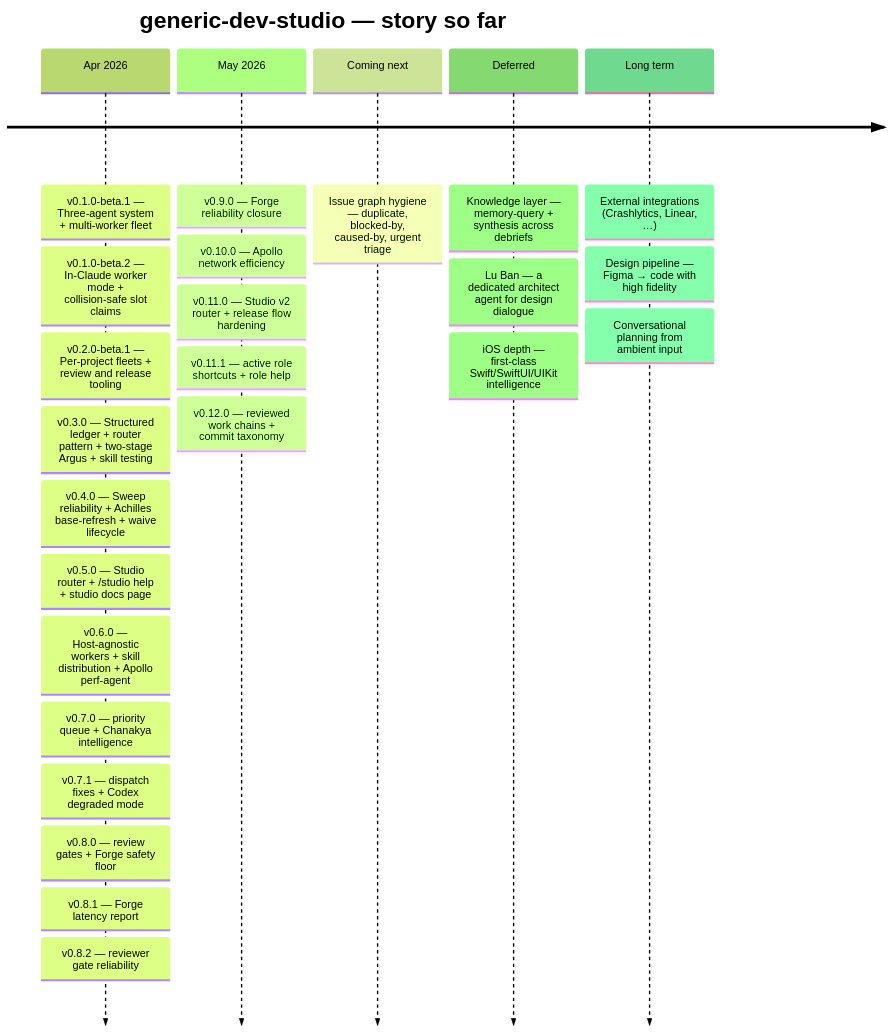
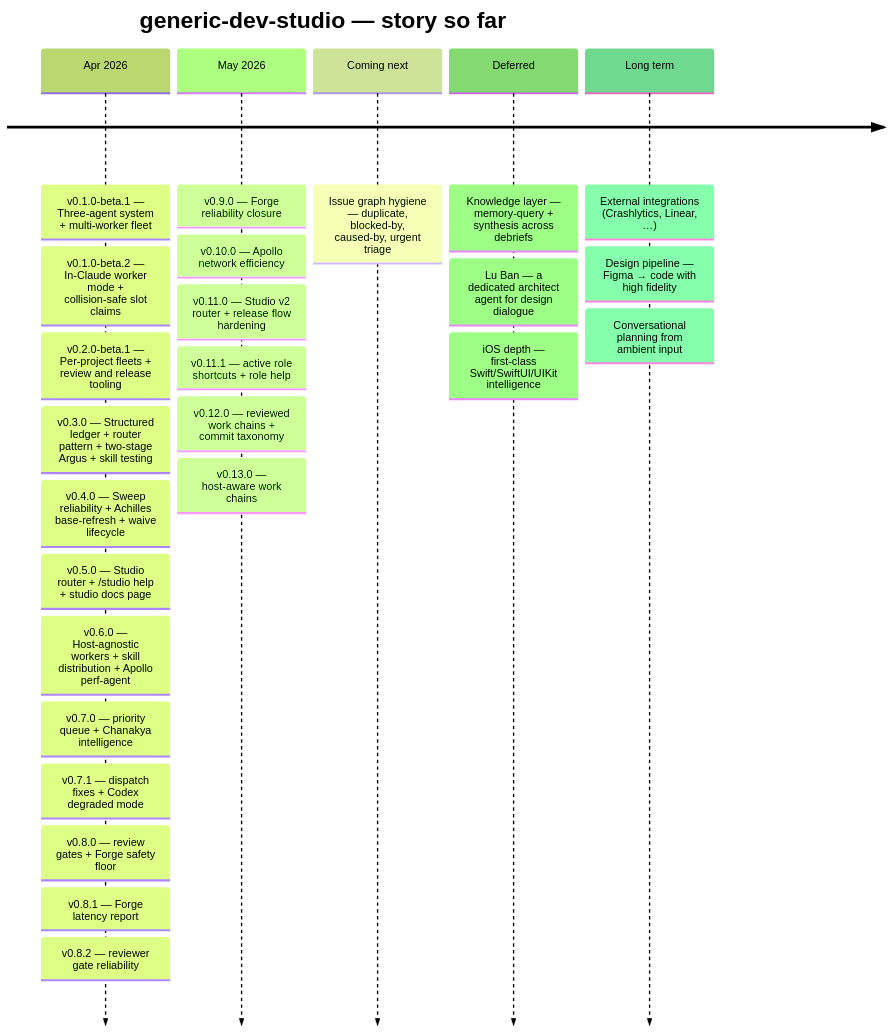
One commit to v-i-s-h-a-l/generic-dev-studio changed the diagram in README.md. Above: the diagram before and after it, drawn with Mermaid (forest theme). The commit also changed other lines of this file and 2 other files, not shown here.

Commit message:
release: document v0.13.0
Problem: v0.13.0 is ready to ship, but the README roadmap and story section need the release line required by RELEASES.md.

Solution: add the v0.13.0 timeline entry and prepend the story-so-far summary for host-aware work chains.

Implementation notes: no command surface changed; this is release documentation only.

Caveats: none.

````diff
--- a/README.md
+++ b/README.md
@@ -13,28 +13,29 @@
 ```mermaid
 timeline
     title generic-dev-studio — story so far
     Apr 2026 : v0.1.0-beta.1 — Three-agent system + multi-worker fleet
              : v0.1.0-beta.2 — In-Claude worker mode + collision-safe slot claims
              : v0.2.0-beta.1 — Per-project fleets + review and release tooling
              : v0.3.0 — Structured ledger + router pattern + two-stage Argus + skill testing
              : v0.4.0 — Sweep reliability + Achilles base-refresh + waive lifecycle
              : v0.5.0 — Studio router + /studio help + studio docs page
              : v0.6.0 — Host-agnostic workers + skill distribution + Apollo perf-agent
              : v0.7.0 — priority queue + Chanakya intelligence
              : v0.7.1 — dispatch fixes + Codex degraded mode
              : v0.8.0 — review gates + Forge safety floor
              : v0.8.1 — Forge latency report
              : v0.8.2 — reviewer gate reliability
     May 2026 : v0.9.0 — Forge reliability closure
              : v0.10.0 — Apollo network efficiency
              : v0.11.0 — Studio v2 router + release flow hardening
              : v0.11.1 — active role shortcuts + role help
              : v0.12.0 — reviewed work chains + commit taxonomy
+             : v0.13.0 — host-aware work chains
     Coming next : Issue graph hygiene — duplicate, blocked-by, caused-by, urgent triage
     Deferred : Knowledge layer — memory-query + synthesis across debriefs
              : Lu Ban — a dedicated architect agent for design dialogue
              : iOS depth — first-class Swift/SwiftUI/UIKit intelligence
     Long term : External integrations (Crashlytics, Linear, …)
               : Design pipeline — Figma → code with high fidelity
               : Conversational planning from ambient input
 ```
````
